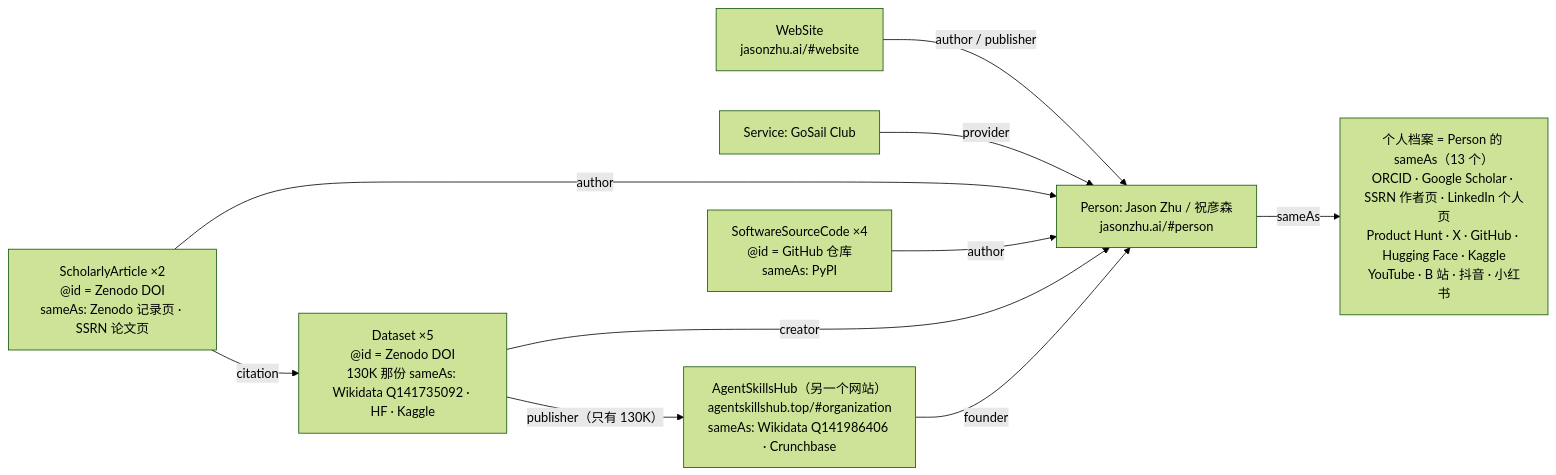
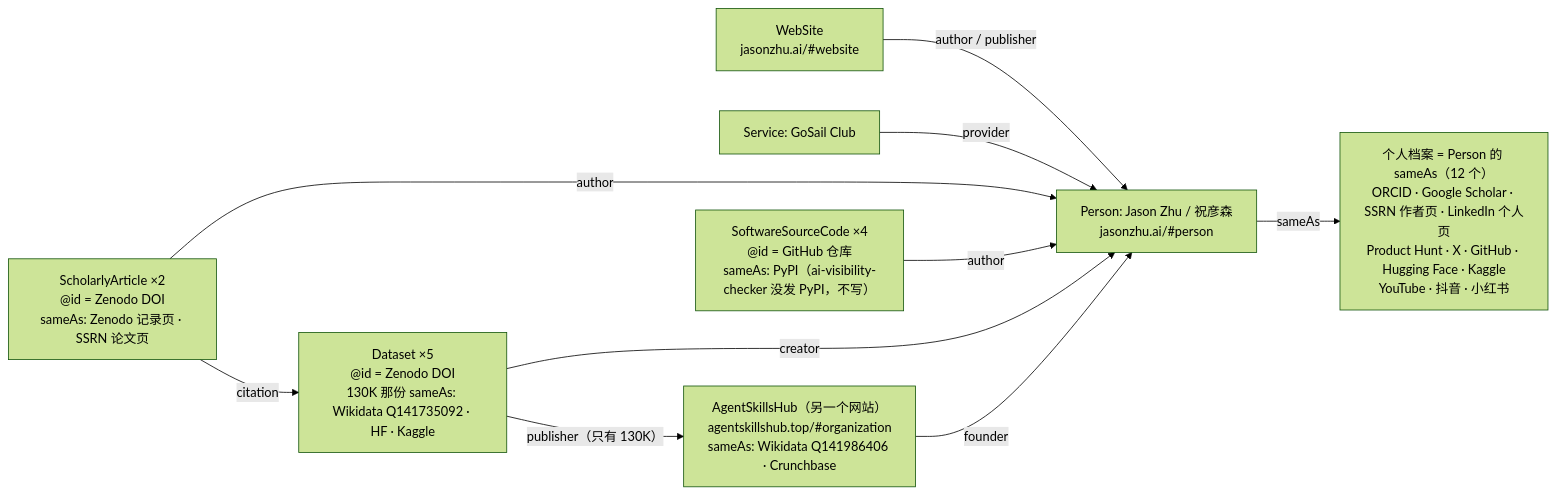
One commit to zhuyansen/jasonzhu.ai changed the diagram in ops/geo/entity-consistency-sop.md. Above: the diagram before and after it, drawn with Mermaid (forest theme). The commit also changed other lines of this file and 7 other files, not shown here.

````diff
--- a/ops/geo/entity-consistency-sop.md
+++ b/ops/geo/entity-consistency-sop.md
@@ -37,21 +37,21 @@
 ```mermaid
 flowchart LR
   P["Person: Jason Zhu / 祝彦森\njasonzhu.ai/#person"]
-  PROF["个人档案 = Person 的 sameAs（13 个）\nORCID · Google Scholar · SSRN 作者页 · LinkedIn 个人页\nProduct Hunt · X · GitHub · Hugging Face · Kaggle\nYouTube · B 站 · 抖音 · 小红书"]
+  PROF["个人档案 = Person 的 sameAs（12 个）\nORCID · Google Scholar · SSRN 作者页 · LinkedIn 个人页\nProduct Hunt · X · GitHub · Hugging Face · Kaggle\nYouTube · 抖音 · 小红书"]
   WEB["WebSite\njasonzhu.ai/#website"]
   SVC["Service: GoSail Club"]
   HUB["AgentSkillsHub（另一个网站）\nagentskillshub.top/#organization\nsameAs: Wikidata Q141986406 · Crunchbase"]
   PAPER["ScholarlyArticle ×2\n@id = Zenodo DOI\nsameAs: Zenodo 记录页 · SSRN 论文页"]
   DATA["Dataset ×5\n@id = Zenodo DOI\n130K 那份 sameAs: Wikidata Q141735092 · HF · Kaggle"]
-  SW["SoftwareSourceCode ×4\n@id = GitHub 仓库\nsameAs: PyPI"]
+  SW["SoftwareSourceCode ×4\n@id = GitHub 仓库\nsameAs: PyPI（ai-visibility-checker 没发 PyPI，不写）"]
 
   P -->|sameAs| PROF
   WEB -->|"author / publisher"| P
   SVC -->|provider| P
   HUB -->|founder| P
   PAPER -->|author| P
   DATA -->|creator| P
   SW -->|author| P
   PAPER -->|citation| DATA
   DATA -->|"publisher（只有 130K）"| HUB
 ```
````
